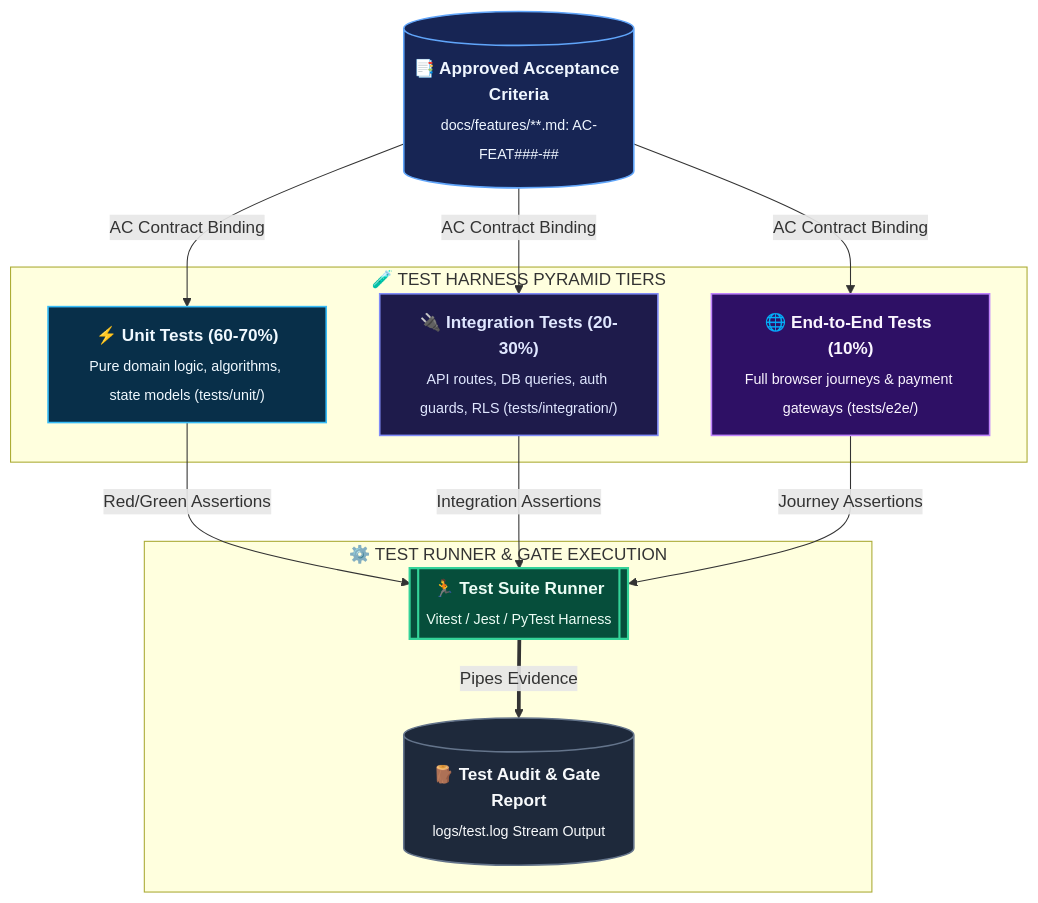
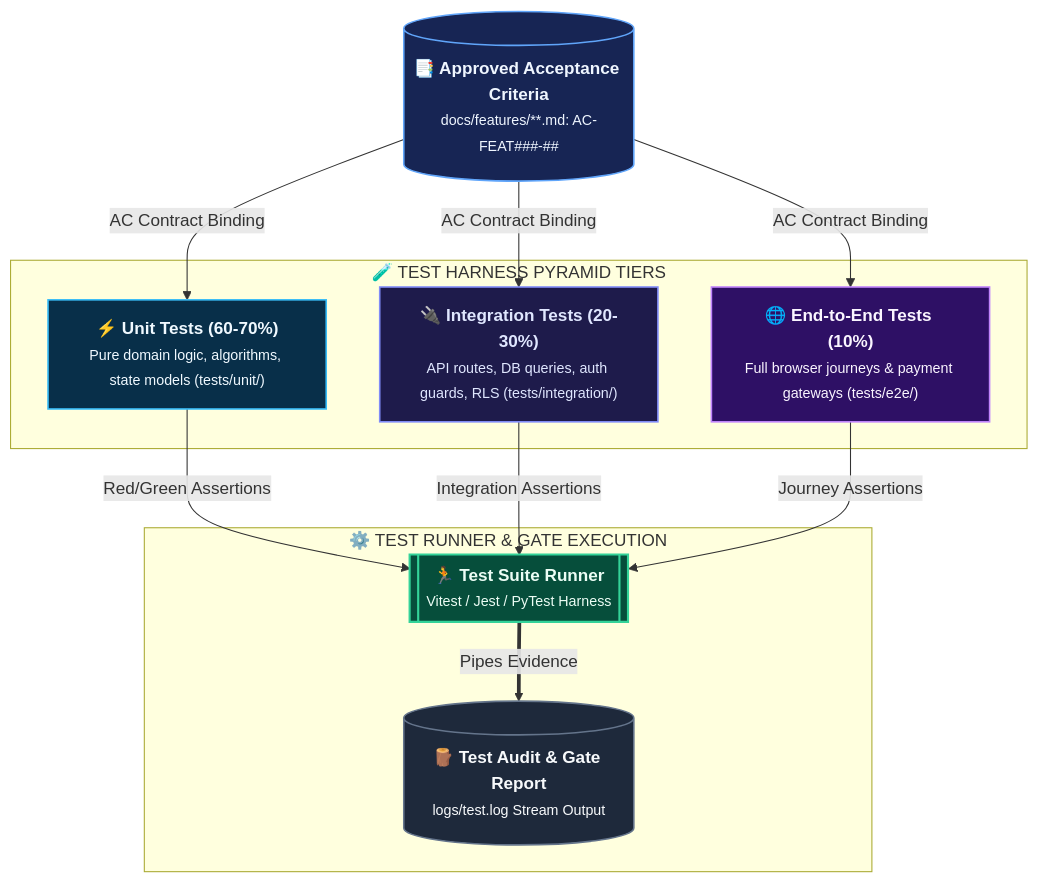
The diagram in SDD-TDD-Chandan-Adhikary/Spec-Driven-Development/tests/README.md (rmsofficialsyt/Agentic-AI-Vibe-Coding-AND-SDD-TDD-Codebase-Chandan-Adhikary), drawn with Mermaid before and after one commit. The commit also changed 27 other files, not shown here.

Commit message:
docs: resolve text overlap and scattering across all diagrams via semantic typography and layout contracts

````diff
--- a/SDD-TDD-Chandan-Adhikary/Spec-Driven-Development/tests/README.md
+++ b/SDD-TDD-Chandan-Adhikary/Spec-Driven-Development/tests/README.md
@@ -25,32 +25,32 @@
 ```mermaid
 flowchart TD
     classDef spec fill:#172554,stroke:#60a5fa,stroke-width:1.5px,color:#eff6ff;
     classDef unit fill:#082f49,stroke:#38bdf8,stroke-width:1.5px,color:#f0f9ff;
     classDef integ fill:#1e1b4b,stroke:#818cf8,stroke-width:1.5px,color:#e0e7ff;
     classDef e2e fill:#2e1065,stroke:#c084fc,stroke-width:1.5px,color:#faf5ff;
     classDef runner fill:#064e3b,stroke:#34d399,stroke-width:2px,color:#ecfdf5;
     classDef log fill:#1e293b,stroke:#64748b,stroke-width:1.5px,color:#f8fafc;
 
-    SpecAC[("<b>📑 Approved Acceptance Criteria</b><br/><sub>docs/features/**.md: AC-FEAT###-##</sub>")]:::spec
+    SpecAC[("<b>📑 Approved Acceptance Criteria</b><br/><small>docs/features/**.md: AC-FEAT###-##</small>")]:::spec
 
     subgraph Pyramid ["🧪 TEST HARNESS PYRAMID TIERS"]
-        E2E["<b>🌐 End-to-End Tests (10%)</b><br/><sub>Full browser journeys & payment gateways (tests/e2e/)</sub>"]:::e2e
-        Integration["<b>🔌 Integration Tests (20-30%)</b><br/><sub>API routes, DB queries, auth guards, RLS (tests/integration/)</sub>"]:::integ
-        Unit["<b>⚡ Unit Tests (60-70%)</b><br/><sub>Pure domain logic, algorithms, state models (tests/unit/)</sub>"]:::unit
+        E2E["<b>🌐 End-to-End Tests (10%)</b><br/><small>Full browser journeys & payment gateways (tests/e2e/)</small>"]:::e2e
+        Integration["<b>🔌 Integration Tests (20-30%)</b><br/><small>API routes, DB queries, auth guards, RLS (tests/integration/)</small>"]:::integ
+        Unit["<b>⚡ Unit Tests (60-70%)</b><br/><small>Pure domain logic, algorithms, state models (tests/unit/)</small>"]:::unit
     end
 
     subgraph ExecutionGate ["⚙️ TEST RUNNER & GATE EXECUTION"]
-        TestRunner[["<b>🏃 Test Suite Runner</b><br/><sub>Vitest / Jest / PyTest Harness</sub>"]]:::runner
-        CoverageReport[("<b>🪵 Test Audit & Gate Report</b><br/><sub>logs/test.log Stream Output</sub>")]:::log
+        TestRunner[["<b>🏃 Test Suite Runner</b><br/><small>Vitest / Jest / PyTest Harness</small>"]]:::runner
+        CoverageReport[("<b>🪵 Test Audit & Gate Report</b><br/><small>logs/test.log Stream Output</small>")]:::log
     end
 
     SpecAC -->|"AC Contract Binding"| Unit
     SpecAC -->|"AC Contract Binding"| Integration
     SpecAC -->|"AC Contract Binding"| E2E
 
     Unit -->|"Red/Green Assertions"| TestRunner
     Integration -->|"Integration Assertions"| TestRunner
     E2E -->|"Journey Assertions"| TestRunner
 
     TestRunner ==>|"Pipes Evidence"| CoverageReport
 ```
````
